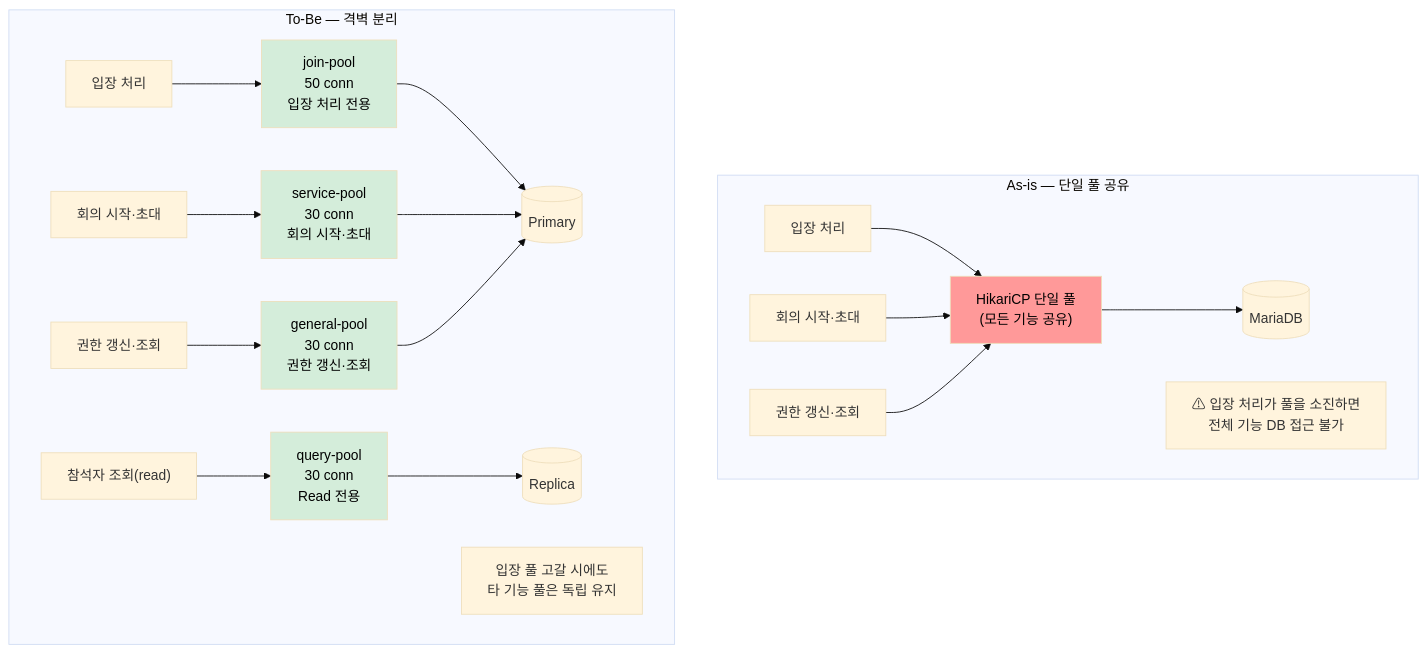
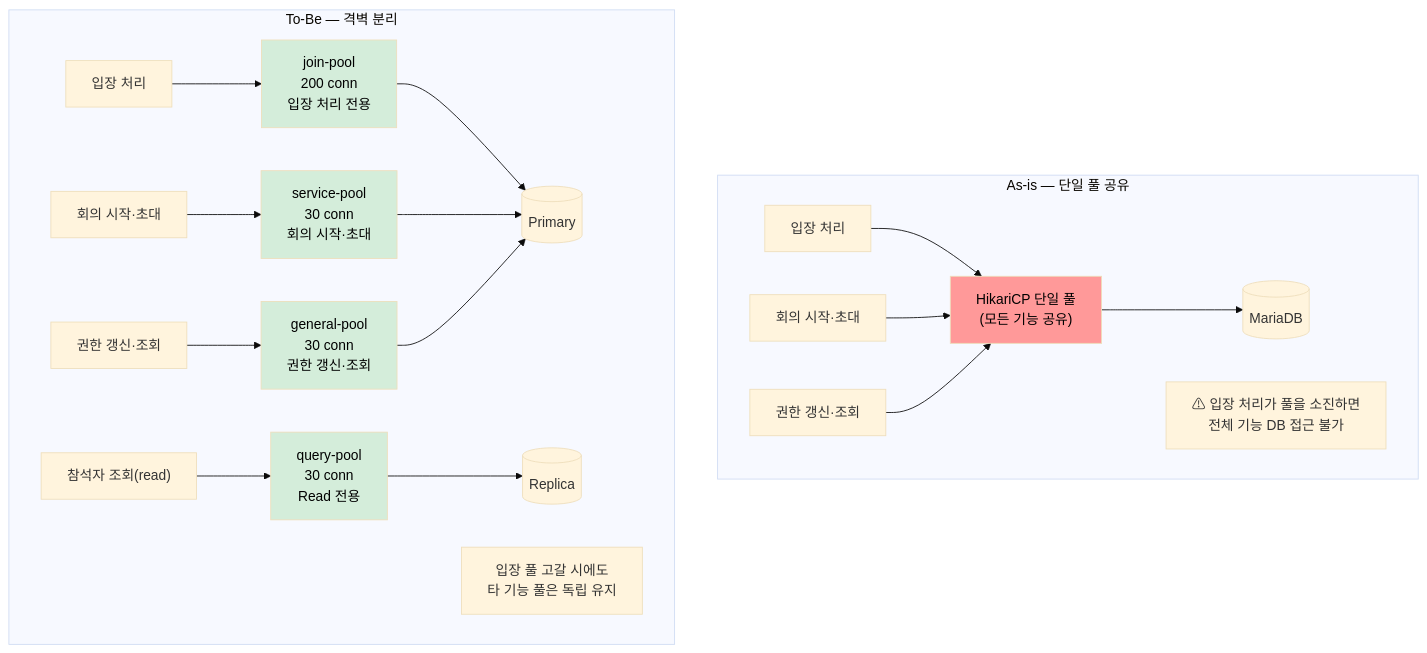
Diagram 29 of 40 in report/3/3.2-아키텍처문제분석및설계전략.md (sujinnkim/A_Personal), drawn with Mermaid (base theme) before and after one commit. The commit also changed other lines of this file and 30 other files, not shown here.

````diff
--- a/report/3/3.2-아키텍처문제분석및설계전략.md
+++ b/report/3/3.2-아키텍처문제분석및설계전략.md
@@ -833,31 +833,31 @@
 ```mermaid
 flowchart TD
     subgraph BEFORE["As-is — 단일 풀 공유"]
         BP["HikariCP 단일 풀\n(모든 기능 공유)"]
         B1["입장 처리"] --> BP
         B2["회의 시작·초대"] --> BP
         B3["권한 갱신·조회"] --> BP
         BP --> BDB[("MariaDB")]
         NOTE_B["⚠ 입장 처리가 풀을 소진하면\n전체 기능 DB 접근 불가"]
     end
 
     subgraph AFTER["To-Be — 격벽 분리"]
-        JP["join-pool\n50 conn\n입장 처리 전용"]
+        JP["join-pool\n200 conn\n입장 처리 전용"]
         SP["service-pool\n30 conn\n회의 시작·초대"]
         GP["general-pool\n30 conn\n권한 갱신·조회"]
         QP["query-pool\n30 conn\nRead 전용"]
         A1["입장 처리"] --> JP
         A2["회의 시작·초대"] --> SP
         A3["권한 갱신·조회"] --> GP
         A4["참석자 조회(read)"] --> QP
         JP & SP & GP --> APRI[("Primary")]
         QP --> AREP[("Replica")]
         NOTE_A["입장 풀 고갈 시에도\n타 기능 풀은 독립 유지"]
     end
 
     style JP fill:#d4edda,color:#000
     style SP fill:#d4edda,color:#000
     style GP fill:#d4edda,color:#000
     style QP fill:#d4edda,color:#000
     style BP fill:#ff9999,color:#000
 ```
````
